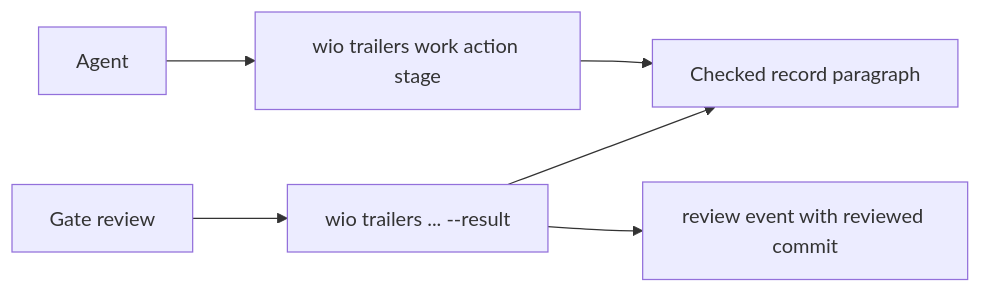
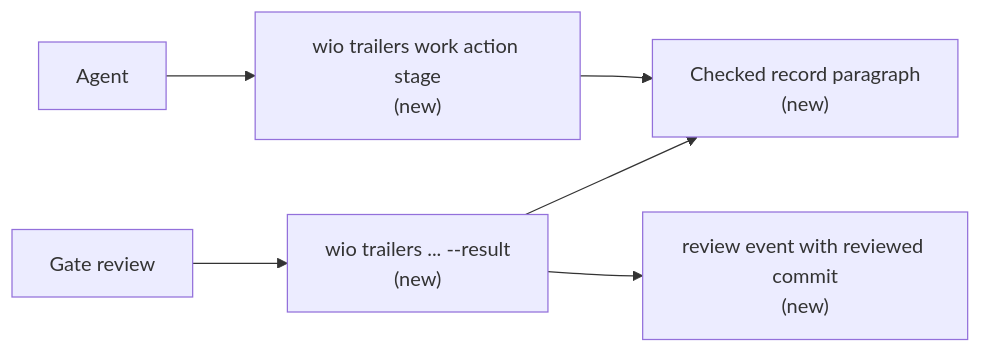
The second of 2 diagrams in .agents/wio/works/wio-trailers/wio-trailers-write/README.md (msitarz/wio), drawn with Mermaid before and after one commit. The commit also changed other lines of this file, not shown here.

First line of the commit message:
docs(trailers): bring the write parent in line with its tree

````diff
--- a/.agents/wio/works/wio-trailers/wio-trailers-write/README.md
+++ b/.agents/wio/works/wio-trailers/wio-trailers-write/README.md
@@ -57,8 +65,8 @@
 ```mermaid
 flowchart LR
-  A[Agent] --> W["wio trailers work action stage"]
-  W --> R[Checked record paragraph]
-  G[Gate review] --> W2["wio trailers ... --result"]
+  A[Agent] --> W["wio trailers work action stage\n(new)"]
+  W --> R["Checked record paragraph\n(new)"]
+  G[Gate review] --> W2["wio trailers ... --result\n(new)"]
   W2 --> R
-  W2 --> E["review event with reviewed commit"]
+  W2 --> E["review event with reviewed commit\n(new)"]
 ```
````
